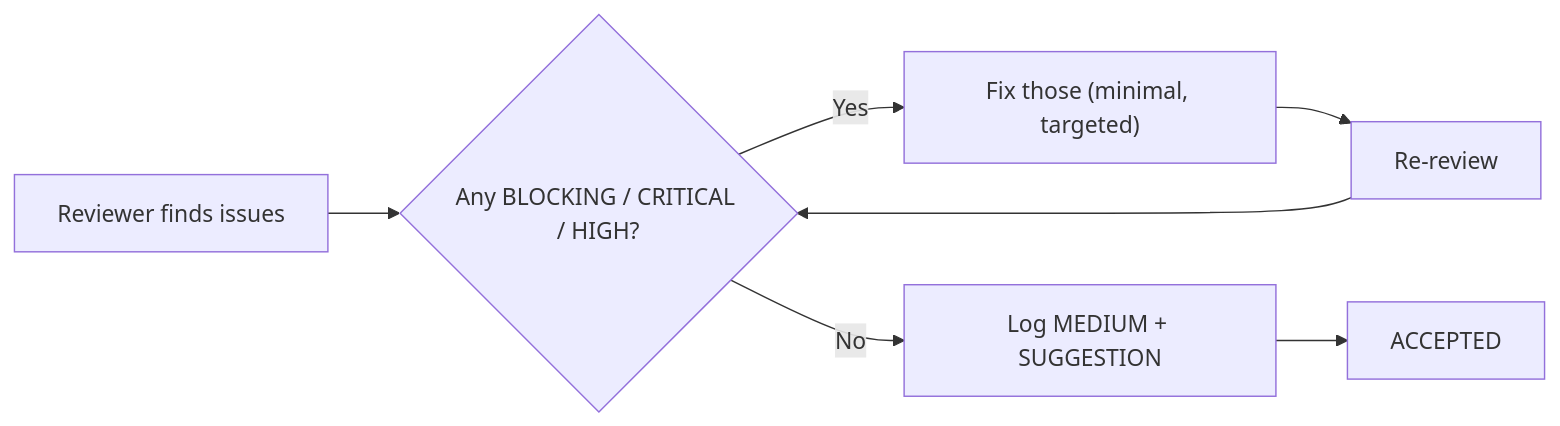
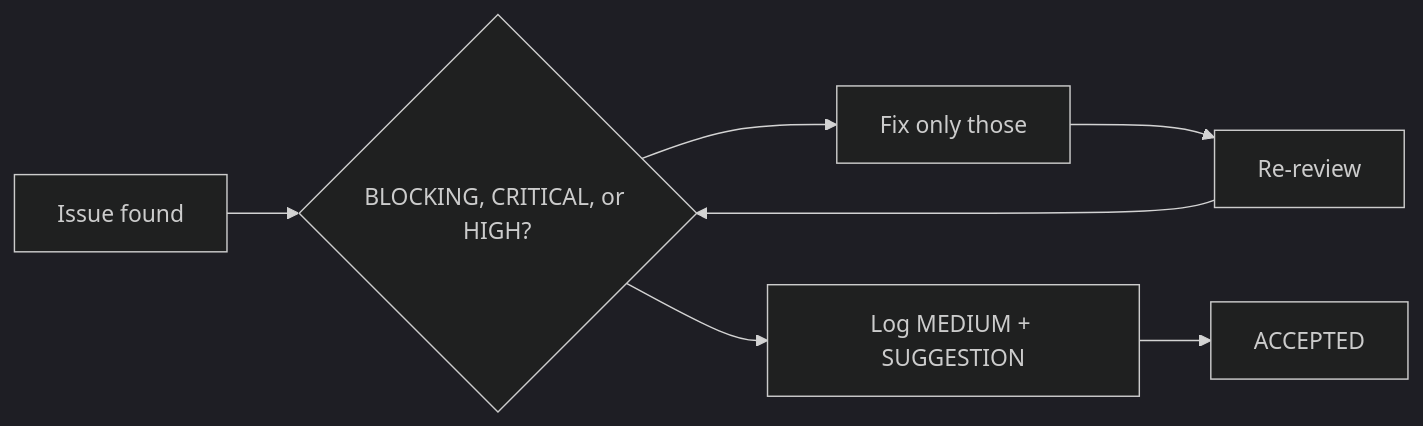
Before and after one commit to Nayeem170/KoThok: the fifth of 5 diagrams in docs/AGENTIC_PIPELINE_CLAUDE.md, drawn with Mermaid. The commit also changed other lines of this file and 1 other file, not shown here.

First line of the commit message:
docs: rewrite pipeline diagrams for dark mode readability

````diff
--- a/docs/AGENTIC_PIPELINE_CLAUDE.md
+++ b/docs/AGENTIC_PIPELINE_CLAUDE.md
@@ -217,9 +291,10 @@
 ```mermaid
+%%{init: {'theme': 'dark'}}%%
 flowchart LR
-    I["Reviewer finds issues"] --> B{"Any BLOCKING / CRITICAL / HIGH?"}
-    B -- Yes --> FIX["Fix those (minimal, targeted)"]
-    FIX --> RE2["Re-review"]
-    B -- No --> LOG["Log MEDIUM + SUGGESTION"]
+    ISSUE["Issue found"] --> SEV{"BLOCKING, CRITICAL, or HIGH?"}
+    SEV --> FIX["Fix only those"]
+    FIX --> CHK["Re-review"]
+    CHK --> SEV
+    SEV --> LOG["Log MEDIUM + SUGGESTION"]
     LOG --> ACC["ACCEPTED"]
-    RE2 --> B
 ```
````
